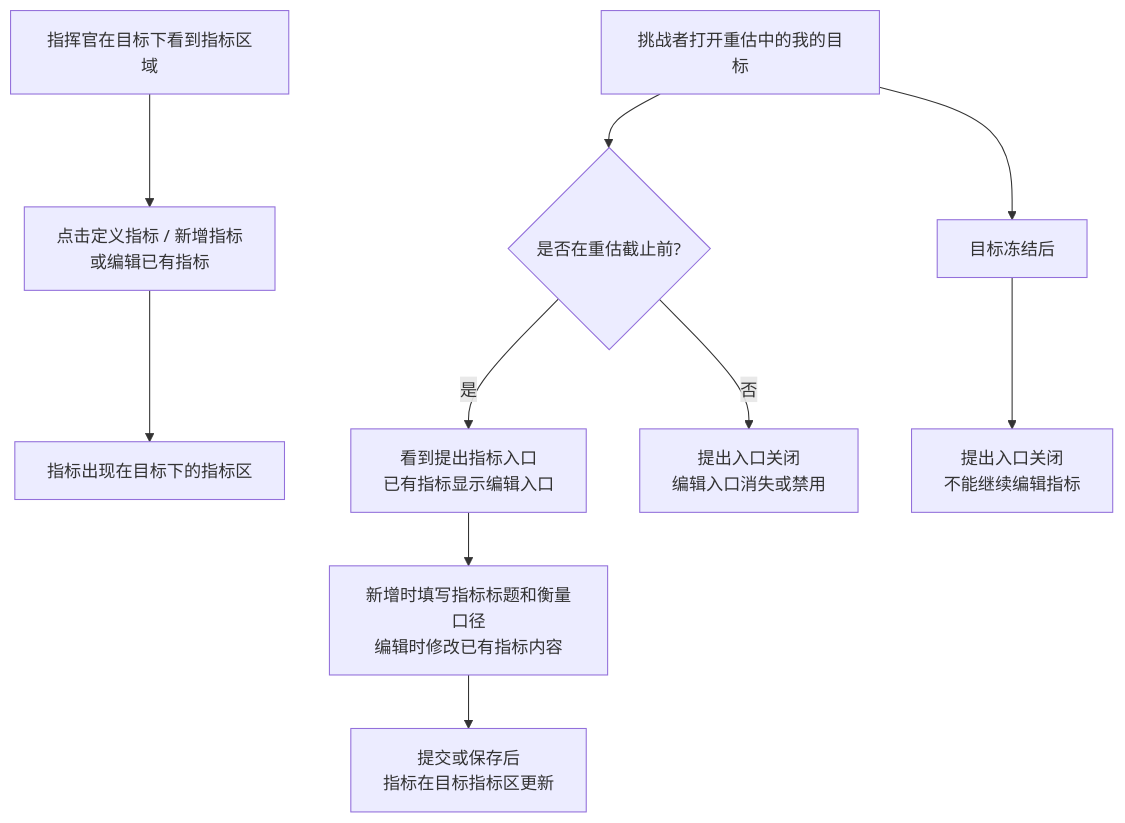
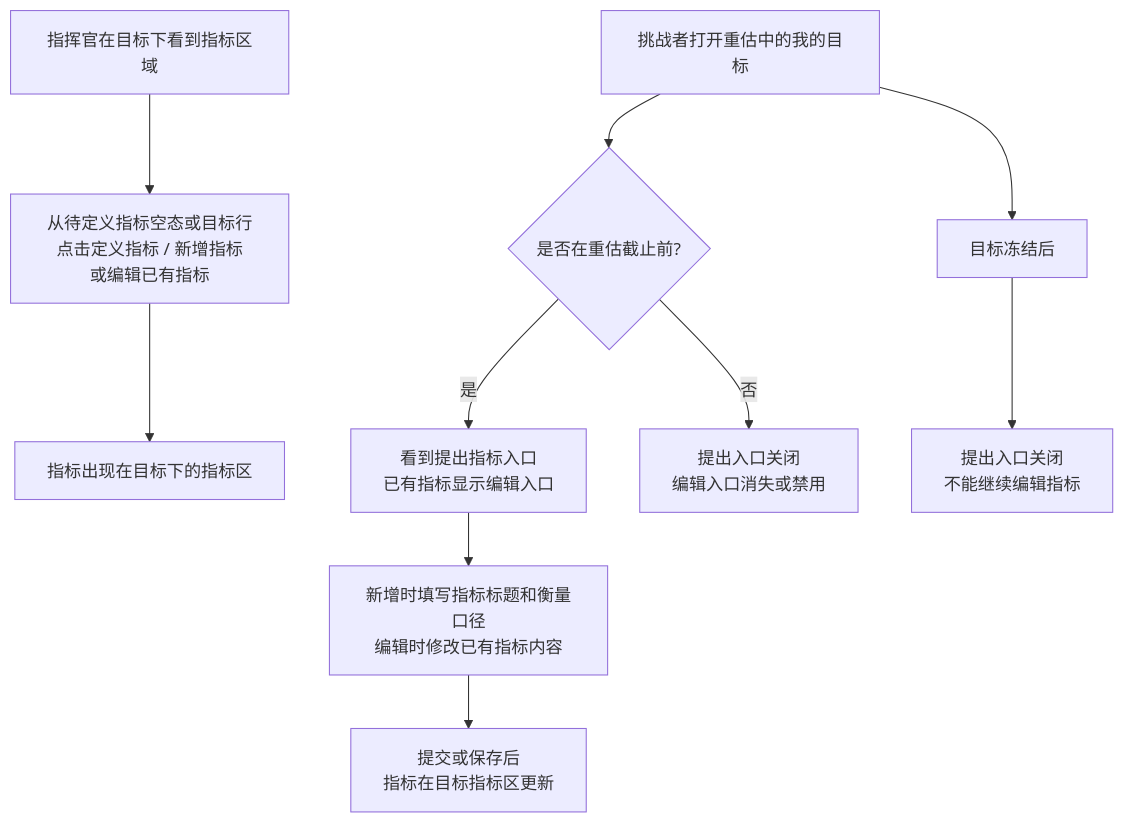
The fifth of 7 diagrams in docs/frontend/ORF 前端流程测试.md (xueyu888/ORF), drawn with Mermaid before and after one commit. The commit also changed other lines of this file and 7 other files, not shown here.

````diff
--- a/docs/frontend/ORF 前端流程测试.md
+++ b/docs/frontend/ORF 前端流程测试.md
@@ -206,12 +206,12 @@
 ```mermaid
 flowchart TD
-  A1[指挥官在目标下看到指标区域] --> A2[点击定义指标 / 新增指标<br/>或编辑已有指标]
+  A1[指挥官在目标下看到指标区域] --> A2[从待定义指标空态或目标行点击定义指标 / 新增指标<br/>或编辑已有指标]
   A2 --> A3[指标出现在目标下的指标区]
   B1[挑战者打开重估中的我的目标] --> B2{是否在重估截止前?}
   B2 -->|是| B3[看到提出指标入口<br/>已有指标显示编辑入口]
   B3 --> B4[新增时填写指标标题和衡量口径<br/>编辑时修改已有指标内容]
   B4 --> B5[提交或保存后<br/>指标在目标指标区更新]
   B2 -->|否| C1[提出入口关闭<br/>编辑入口消失或禁用]
   B1 --> D1[目标冻结后]
   D1 --> D2[提出入口关闭<br/>不能继续编辑指标]
 ```
````
